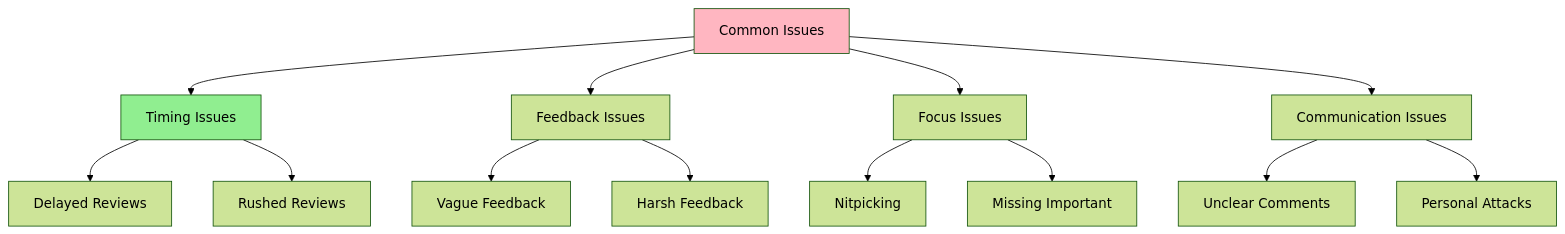
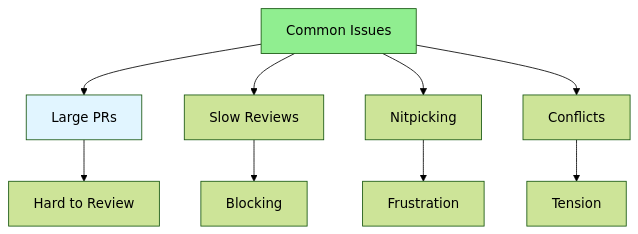
The diagram in Full-Stack-Guides/Group-08-Code-Review/08.12_Common_Review_Issues.md (iouthnamain/tech-note), drawn with Mermaid (forest theme) before and after one commit. The commit also changed other lines of this file and 480 other files, not shown here.

````diff
--- a/Full-Stack-Guides/Group-08-Code-Review/08.12_Common_Review_Issues.md
+++ b/Full-Stack-Guides/Group-08-Code-Review/08.12_Common_Review_Issues.md
@@ -22,22 +22,15 @@
 ```mermaid
 graph TD
-    Issues[Common Issues] --> Timing[Timing Issues]
-    Issues --> Feedback[Feedback Issues]
-    Issues --> Focus[Focus Issues]
-    Issues --> Communication[Communication Issues]
+    Issues[Common Issues] --> Large[Large PRs]
+    Issues --> Slow[Slow Reviews]
+    Issues --> Nitpicking[Nitpicking]
+    Issues --> Conflicts[Conflicts]
     
-    Timing --> Delay[Delayed Reviews]
-    Timing --> Rush[Rushed Reviews]
+    Large --> Hard[Hard to Review]
+    Slow --> Blocking[Blocking]
+    Nitpicking --> Frustration[Frustration]
+    Conflicts --> Tension[Tension]
     
-    Feedback --> Vague[Vague Feedback]
-    Feedback --> Harsh[Harsh Feedback]
-    
-    Focus --> Nitpick[Nitpicking]
-    Focus --> Missing[Missing Important]
-    
-    Communication --> Unclear[Unclear Comments]
-    Communication --> Personal[Personal Attacks]
-    
-    style Issues fill:#FFB6C1
-    style Timing fill:#90EE90
+    style Issues fill:#90EE90
+    style Large fill:#e1f5ff
 ```
````
